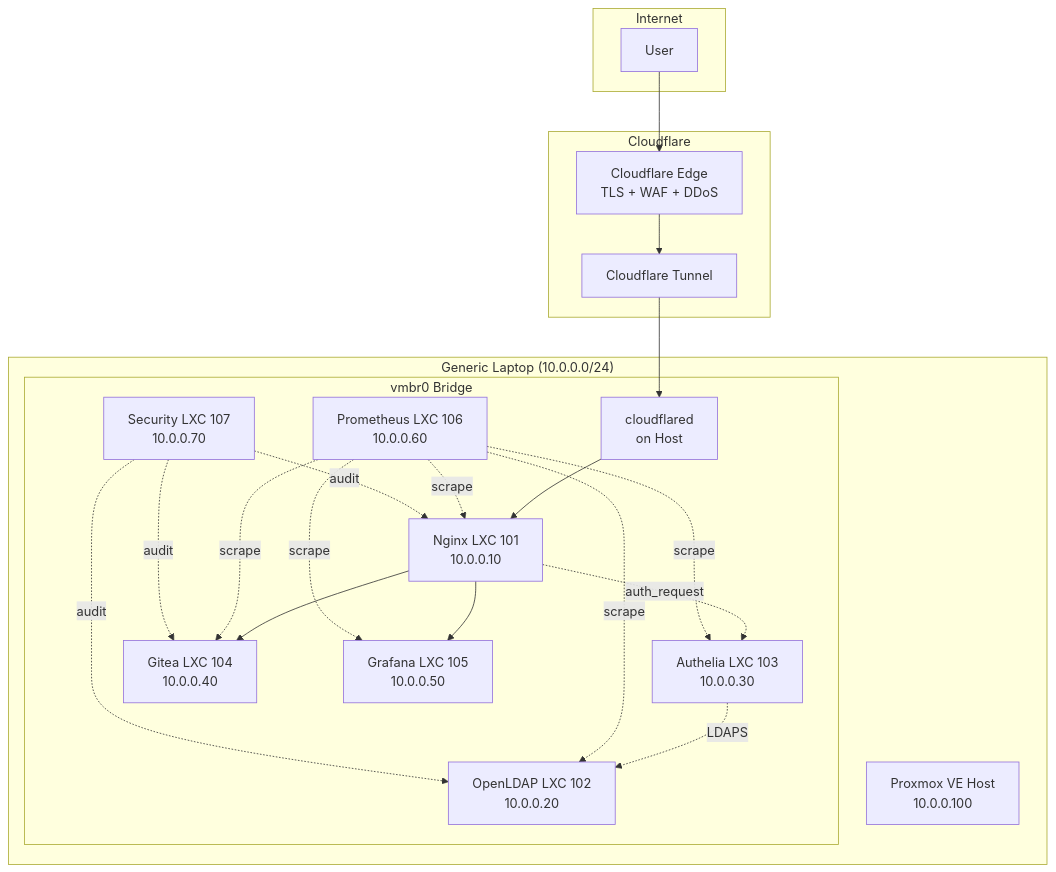
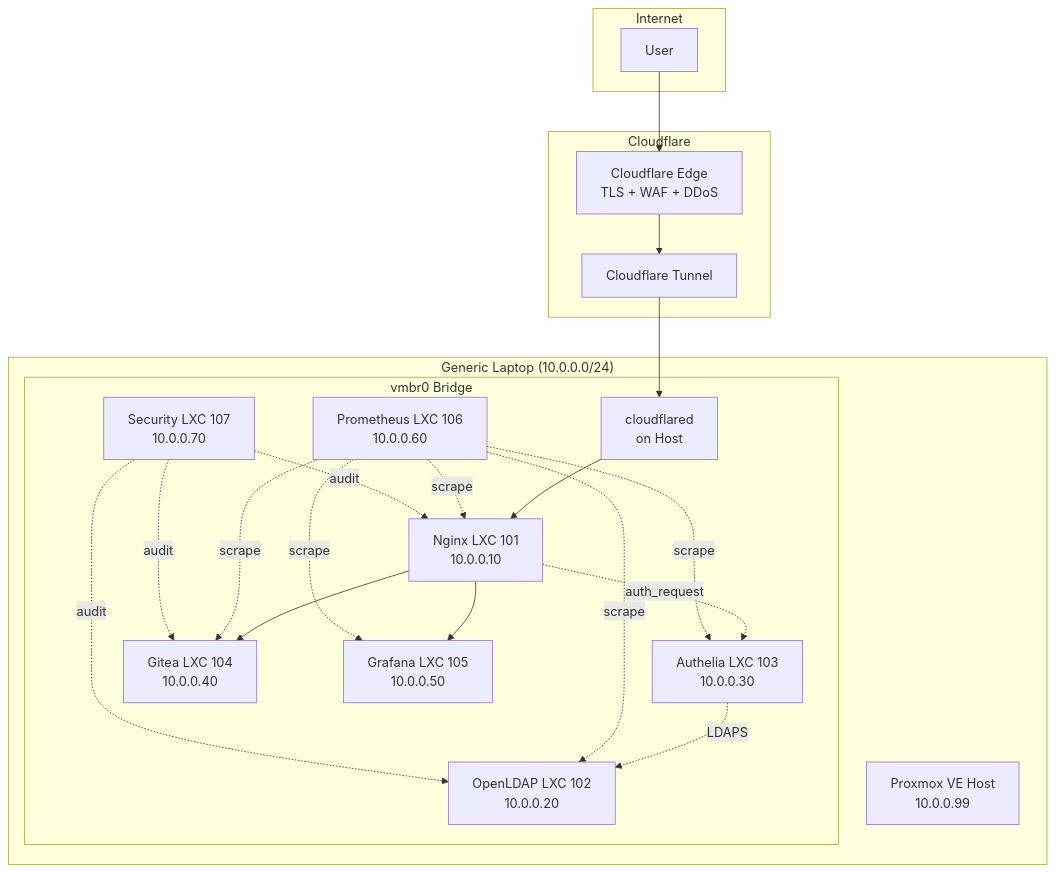
The diagram in docs/01-architecture/overview.md (dmaljkovic/proxmox-homelab), drawn with Mermaid before and after one commit. The commit also changed other lines of this file and 5 other files, not shown here.

Commit message:
Fix Proxmox host IP to 10.0.0.99 (Pi-hole stays 10.0.0.100)

````diff
--- a/docs/01-architecture/overview.md
+++ b/docs/01-architecture/overview.md
@@ -16,43 +16,43 @@
 ```mermaid
 graph TB
     subgraph Internet
         User[User]
     end
     
     subgraph Cloudflare
         Edge[Cloudflare Edge<br/>TLS + WAF + DDoS]
         Tunnel[Cloudflare Tunnel]
     end
     
     subgraph "Generic Laptop (10.0.0.0/24)"
-        Host[Proxmox VE Host<br/>10.0.0.100]
+        Host[Proxmox VE Host<br/>10.0.0.99]
         
         subgraph "vmbr0 Bridge"
             CF[cloudflared<br/>on Host]
             Nginx[Nginx LXC 101<br/>10.0.0.10]
             LDAP[OpenLDAP LXC 102<br/>10.0.0.20]
             Authelia[Authelia LXC 103<br/>10.0.0.30]
             Gitea[Gitea LXC 104<br/>10.0.0.40]
             Grafana[Grafana LXC 105<br/>10.0.0.50]
             Prom[Prometheus LXC 106<br/>10.0.0.60]
             Sec[Security LXC 107<br/>10.0.0.70]
         end
     end
     
     User --> Edge
     Edge --> Tunnel
     Tunnel --> CF
     CF --> Nginx
     Nginx -.->|auth_request| Authelia
     Authelia -.->|LDAPS| LDAP
     Nginx --> Gitea
     Nginx --> Grafana
     Prom -.->|scrape| Nginx
     Prom -.->|scrape| Gitea
     Prom -.->|scrape| Grafana
     Prom -.->|scrape| Authelia
     Prom -.->|scrape| LDAP
     Sec -.->|audit| Nginx
     Sec -.->|audit| LDAP
     Sec -.->|audit| Gitea
 ```
````
